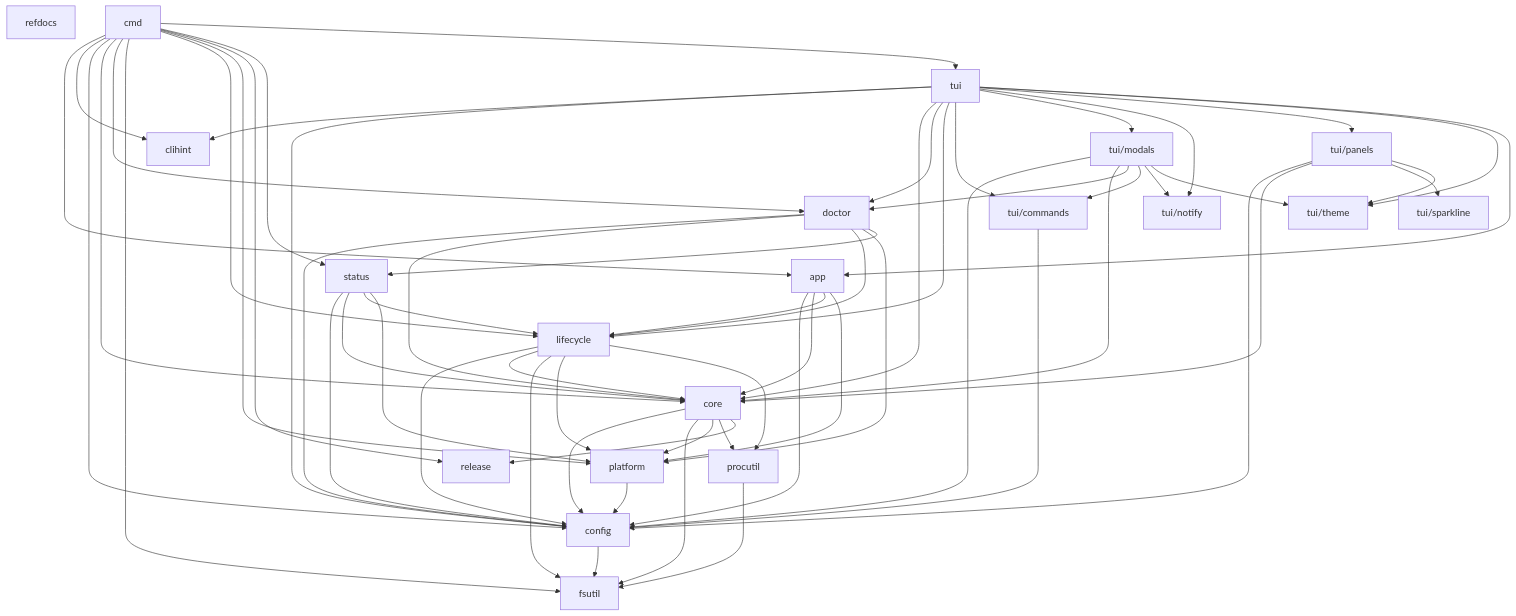
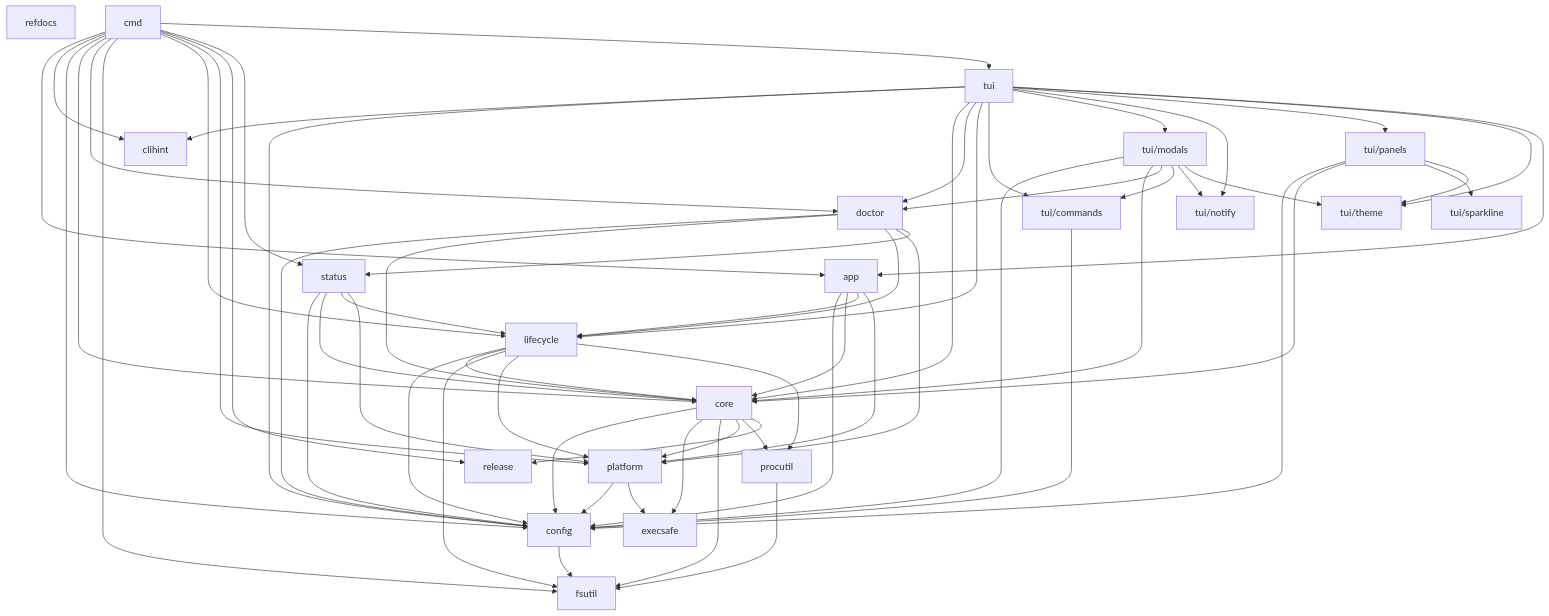
One commit to rtxnik/lazyray changed the diagram in docs/ARCHITECTURE.md. Above: the diagram before and after it, drawn with Mermaid. The commit also changed 43 other files, not shown here.

```diff
--- a/docs/ARCHITECTURE.md
+++ b/docs/ARCHITECTURE.md
@@ -339,6 +339,7 @@
     config[config]
     fsutil[fsutil]
     procutil[procutil]
+    execsafe[execsafe]
     platform[platform]
     theme[tui/theme]
     notify[tui/notify]
@@ -358,9 +359,11 @@
     cmd[cmd]
 
     platform --> config
+    platform --> execsafe
     config --> fsutil
     procutil --> fsutil
     core --> config
+    core --> execsafe
     core --> fsutil
     core --> platform
     core --> procutil
```
